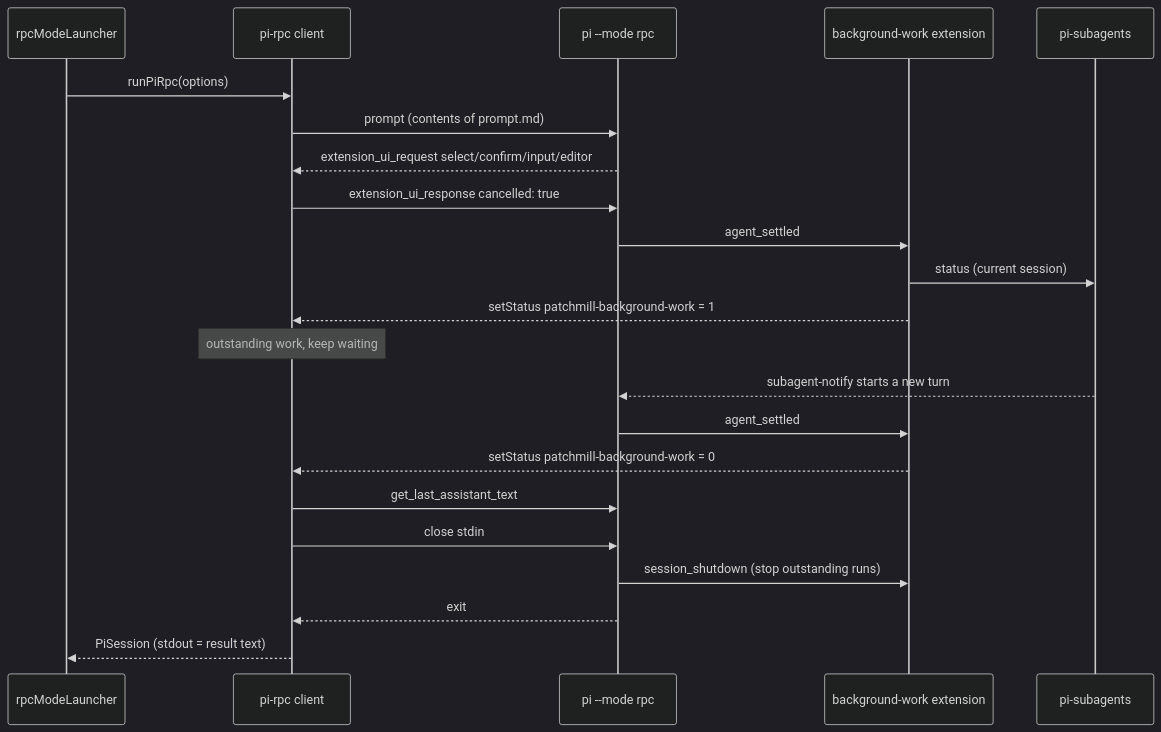
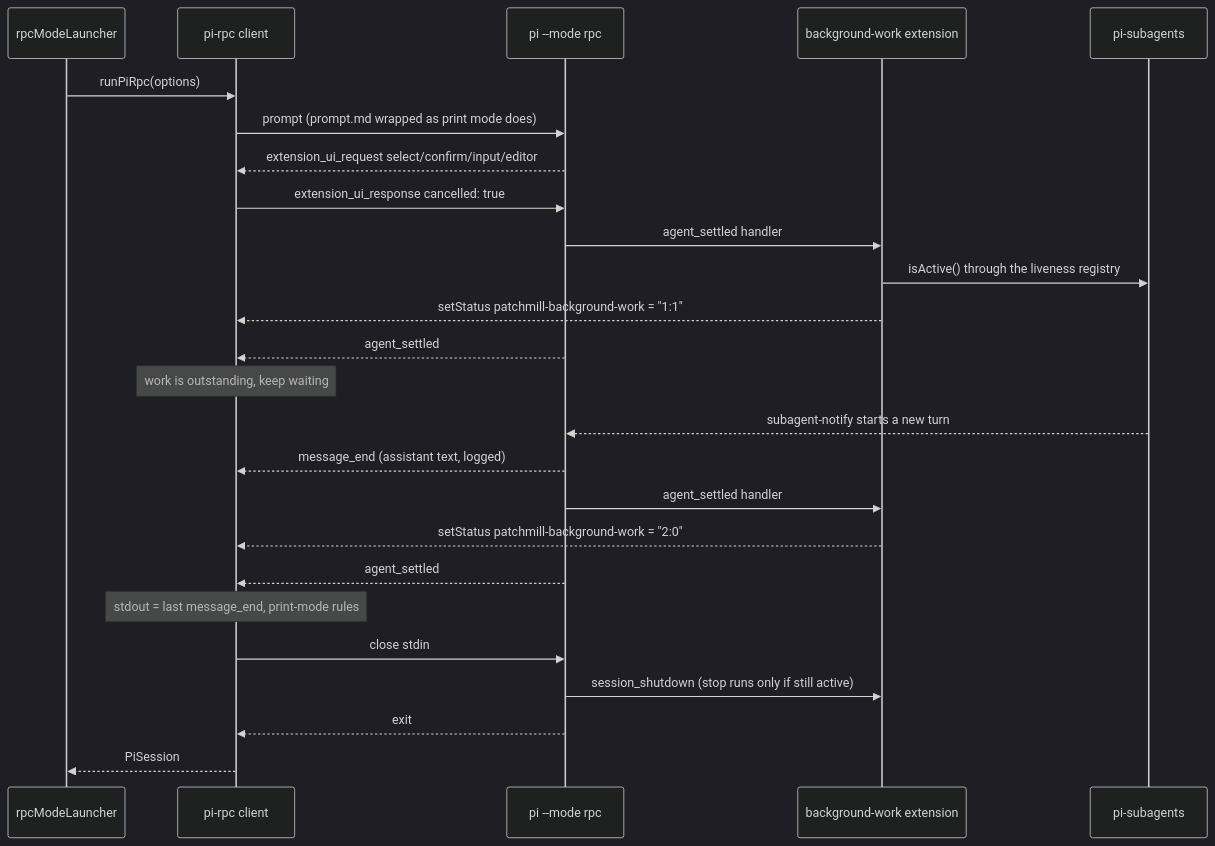
Before and after one commit to rochecompaan/patchmill: the diagram in docs/specs/2026-11-16-issue-305-run-pi-in-rpc-mode-in-the-run-once-workflow-design.md, drawn with Mermaid (dark theme). The commit also changed other lines of this file and 1 other file, not shown here.

Commit message:
docs: address plan review for Pi RPC mode (Refs #305)

````diff
--- a/docs/specs/2026-11-16-issue-305-run-pi-in-rpc-mode-in-the-run-once-workflow-design.md
+++ b/docs/specs/2026-11-16-issue-305-run-pi-in-rpc-mode-in-the-run-once-workflow-design.md
@@ -277,24 +317,27 @@
 ```mermaid
 sequenceDiagram
     participant K as rpcModeLauncher
     participant C as pi-rpc client
     participant P as pi --mode rpc
     participant E as background-work extension
     participant S as pi-subagents
     K->>C: runPiRpc(options)
-    C->>P: prompt (contents of prompt.md)
+    C->>P: prompt (prompt.md wrapped as print mode does)
     P-->>C: extension_ui_request select/confirm/input/editor
     C->>P: extension_ui_response cancelled: true
-    P->>E: agent_settled
-    E->>S: status (current session)
-    E-->>C: setStatus patchmill-background-work = 1
-    Note over C: outstanding work, keep waiting
+    P->>E: agent_settled handler
+    E->>S: isActive() through the liveness registry
+    E-->>C: setStatus patchmill-background-work = "1:1"
+    P-->>C: agent_settled
+    Note over C: work is outstanding, keep waiting
     S-->>P: subagent-notify starts a new turn
-    P->>E: agent_settled
-    E-->>C: setStatus patchmill-background-work = 0
-    C->>P: get_last_assistant_text
+    P-->>C: message_end (assistant text, logged)
+    P->>E: agent_settled handler
+    E-->>C: setStatus patchmill-background-work = "2:0"
+    P-->>C: agent_settled
+    Note over C: stdout = last message_end, print-mode rules
     C->>P: close stdin
-    P->>E: session_shutdown (stop outstanding runs)
+    P->>E: session_shutdown (stop runs only if still active)
     P-->>C: exit
-    C-->>K: PiSession (stdout = result text)
+    C-->>K: PiSession
 ```
````
